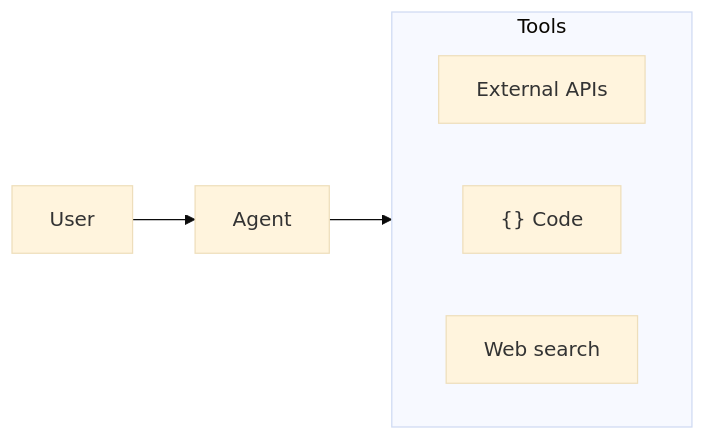
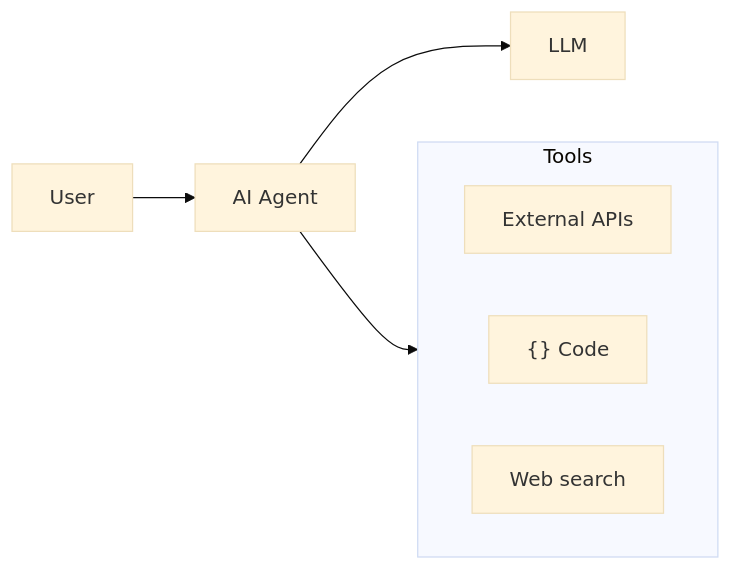
The second of 2 diagrams in 001/README.md (jpraychev/youtube), drawn with Mermaid (base theme) before and after one commit.

````diff
--- a/001/README.md
+++ b/001/README.md
@@ -67,12 +67,14 @@
 ```mermaid
 flowchart LR
-    User[User] --> Agent[Agent]
+    User[User] --> Agent[AI Agent]
     Agent --> Tools
 
     subgraph Tools["  Tools  "]
         direction LR
         T1["External APIs"]
         T2["{} Code"]
         T3["Web search"]
     end
+
+    Agent --> LLM[LLM]
 ```
````
